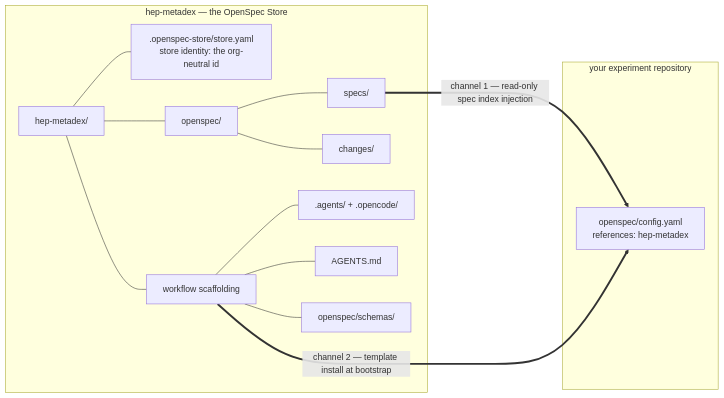
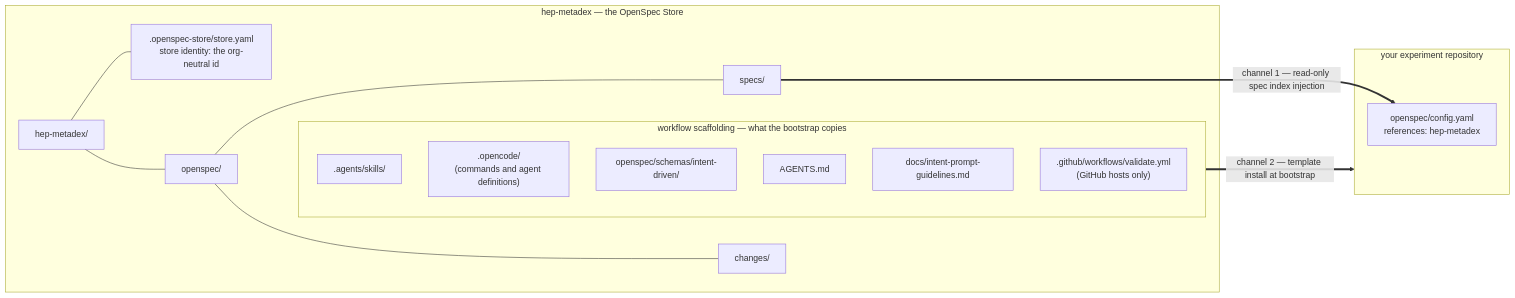
Before and after one commit to DUNE/hep-metadex: the diagram in docs/setup.md, drawn with Mermaid.

Commit message:
docs(setup): enumerate the bootstrap artifacts in the two-channels diagram (#15)
Review feedback: the workflow-scaffolding grouping read like a tree node and channel 2 was not specific about what carries over. The grouping is now a labeled box around the six artifacts the bootstrap actually copies (.agents/skills/, .opencode/ with commands and agent definitions, openspec/schemas/intent-driven/, AGENTS.md, docs/intent-prompt-guidelines.md, and .github/workflows/validate.yml on GitHub hosts, per the quick start, the bootstrap prompt, and ADR-0005); hep-metadex/ stays the sole tree root with the store identity and openspec/ (specs and changes) as its children; and the channel-2 arrow now points at the experiment repository itself rather than its config, since the scaffolding lands in the repository tree.

````diff
--- a/docs/setup.md
+++ b/docs/setup.md
@@ -29,27 +29,27 @@
 ```mermaid
 flowchart LR
     subgraph HM["hep-metadex — the OpenSpec Store"]
         ROOT["hep-metadex/"]
         STORE[".openspec-store/store.yaml<br/>store identity: the org-neutral id"]
         OS["openspec/"]
         SPECS["specs/"]
         CHANGES["changes/"]
-        SCAFFOLD["workflow scaffolding"]
-        KIT[".agents/ + .opencode/"]
-        AGENTS_MD["AGENTS.md"]
-        SCHEMAS["openspec/schemas/"]
+        subgraph KIT["workflow scaffolding — what the bootstrap copies"]
+            K1[".agents/skills/"]
+            K2[".opencode/<br/>(commands and agent definitions)"]
+            K3["openspec/schemas/intent-driven/"]
+            K4["AGENTS.md"]
+            K5["docs/intent-prompt-guidelines.md"]
+            K6[".github/workflows/validate.yml<br/>(GitHub hosts only)"]
+        end
         ROOT --- STORE
         ROOT --- OS
-        ROOT --- SCAFFOLD
         OS --- SPECS
         OS --- CHANGES
-        SCAFFOLD --- KIT
-        SCAFFOLD --- AGENTS_MD
-        SCAFFOLD --- SCHEMAS
     end
     subgraph EX["your experiment repository"]
         CFG["openspec/config.yaml<br/>references: hep-metadex"]
     end
     SPECS ==>|"channel 1 — read-only spec index injection"| CFG
-    SCAFFOLD ==>|"channel 2 — template install at bootstrap"| CFG
+    KIT ==>|"channel 2 — template install at bootstrap"| EX
 ```
````
